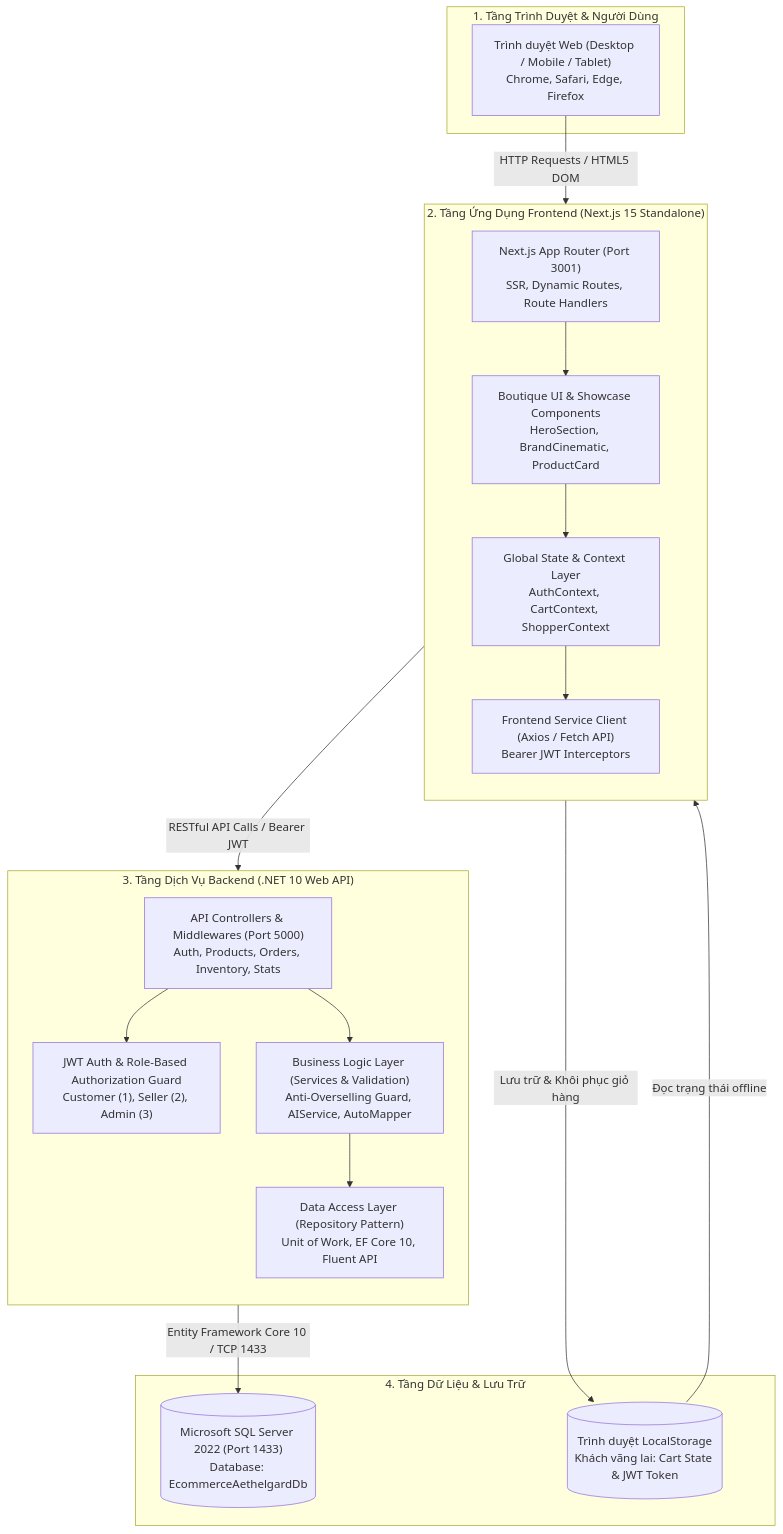
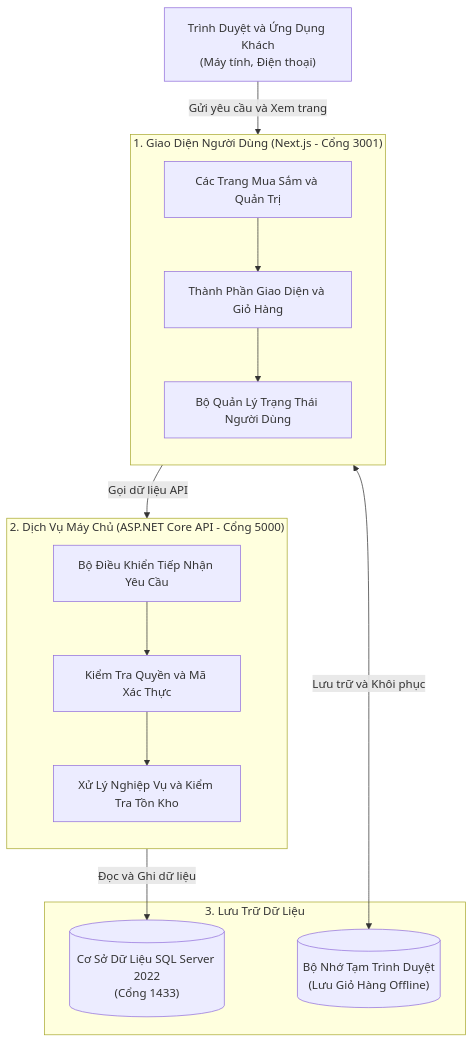
The first of 16 diagrams in BAO_CAO_THIET_KE_HE_THONG.md (longthan12334/He-thong-thuong-mai-ien-tu-tich-hop-AI), drawn with Mermaid before and after one commit. The commit also changed other lines of this file and 24 other files, not shown here.

````diff
--- a/BAO_CAO_THIET_KE_HE_THONG.md
+++ b/BAO_CAO_THIET_KE_HE_THONG.md
@@ -10,40 +15,30 @@
 ```mermaid
 flowchart TD
-    subgraph ClientLayer ["1. Tầng Trình Duyệt & Người Dùng"]
-        WebBrowser["Trình duyệt Web (Desktop / Mobile / Tablet)<br/>Chrome, Safari, Edge, Firefox"]
+    Client["Trình Duyệt và Ứng Dụng Khách<br/>(Máy tính, Điện thoại)"]
+
+    subgraph WebApp ["1. Giao Diện Người Dùng (Next.js - Cổng 3001)"]
+        direction TB
+        Pages["Các Trang Mua Sắm và Quản Trị"]
+        Components["Thành Phần Giao Diện và Giỏ Hàng"]
+        Contexts["Bộ Quản Lý Trạng Thái Người Dùng"]
+        Pages --> Components --> Contexts
     end
 
-    subgraph FrontendApp ["2. Tầng Ứng Dụng Frontend (Next.js 15 Standalone)"]
+    subgraph WebApi ["2. Dịch Vụ Máy Chủ (ASP.NET Core API - Cổng 5000)"]
         direction TB
-        AppRouter["Next.js App Router (Port 3001)<br/>SSR, Dynamic Routes, Route Handlers"]
-        UIComp["Boutique UI & Showcase Components<br/>HeroSection, BrandCinematic, ProductCard"]
-        ContextSys["Global State & Context Layer<br/>AuthContext, CartContext, ShopperContext"]
-        ServiceLayer["Frontend Service Client (Axios / Fetch API)<br/>Bearer JWT Interceptors"]
-        AppRouter --> UIComp
-        UIComp --> ContextSys
-        ContextSys --> ServiceLayer
+        Controllers["Bộ Điều Khiển Tiếp Nhận Yêu Cầu"]
+        Security["Kiểm Tra Quyền và Mã Xác Thực"]
+        Services["Xử Lý Nghiệp Vụ và Kiểm Tra Tồn Kho"]
+        Controllers --> Security --> Services
     end
 
-    subgraph BackendAPI ["3. Tầng Dịch Vụ Backend (.NET 10 Web API)"]
-        direction TB
-        APIController["API Controllers & Middlewares (Port 5000)<br/>Auth, Products, Orders, Inventory, Stats"]
-        SecurityEngine["JWT Auth & Role-Based Authorization Guard<br/>Customer (1), Seller (2), Admin (3)"]
-        BLLService["Business Logic Layer (Services & Validation)<br/>Anti-Overselling Guard, AIService, AutoMapper"]
-        DALRepo["Data Access Layer (Repository Pattern)<br/>Unit of Work, EF Core 10, Fluent API"]
-        
-        APIController --> SecurityEngine
-        APIController --> BLLService
-        BLLService --> DALRepo
+    subgraph Database ["3. Lưu Trữ Dữ Liệu"]
+        SQL[("Cơ Sở Dữ Liệu SQL Server 2022<br/>(Cổng 1433)")]
+        LocalStore[("Bộ Nhớ Tạm Trình Duyệt<br/>(Lưu Giỏ Hàng Offline)")]
     end
 
-    subgraph DatabaseLayer ["4. Tầng Dữ Liệu & Lưu Trữ"]
-        MSSQL[("Microsoft SQL Server 2022 (Port 1433)<br/>Database: EcommerceAethelgardDb")]
-        LocalStore[("Trình duyệt LocalStorage<br/>Khách vãng lai: Cart State & JWT Token")]
-    end
-
-    WebBrowser -->|HTTP Requests / HTML5 DOM| AppRouter
-    ContextSys -->|Lưu trữ & Khôi phục giỏ hàng| LocalStore
-    LocalStore -->|Đọc trạng thái offline| ContextSys
-    ServiceLayer -->|RESTful API Calls / Bearer JWT| APIController
-    DALRepo -->|Entity Framework Core 10 / TCP 1433| MSSQL
+    Client -->|Gửi yêu cầu và Xem trang| WebApp
+    Contexts <-->|Lưu trữ và Khôi phục| LocalStore
+    WebApp -->|Gọi dữ liệu API| Controllers
+    Services -->|Đọc và Ghi dữ liệu| SQL
 ```
````
